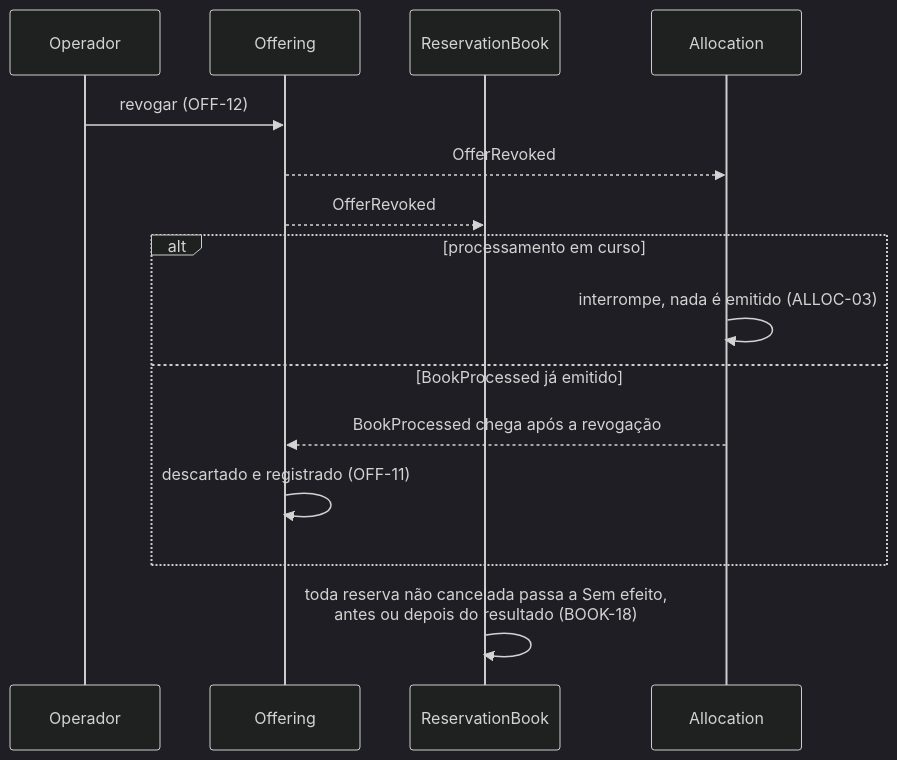
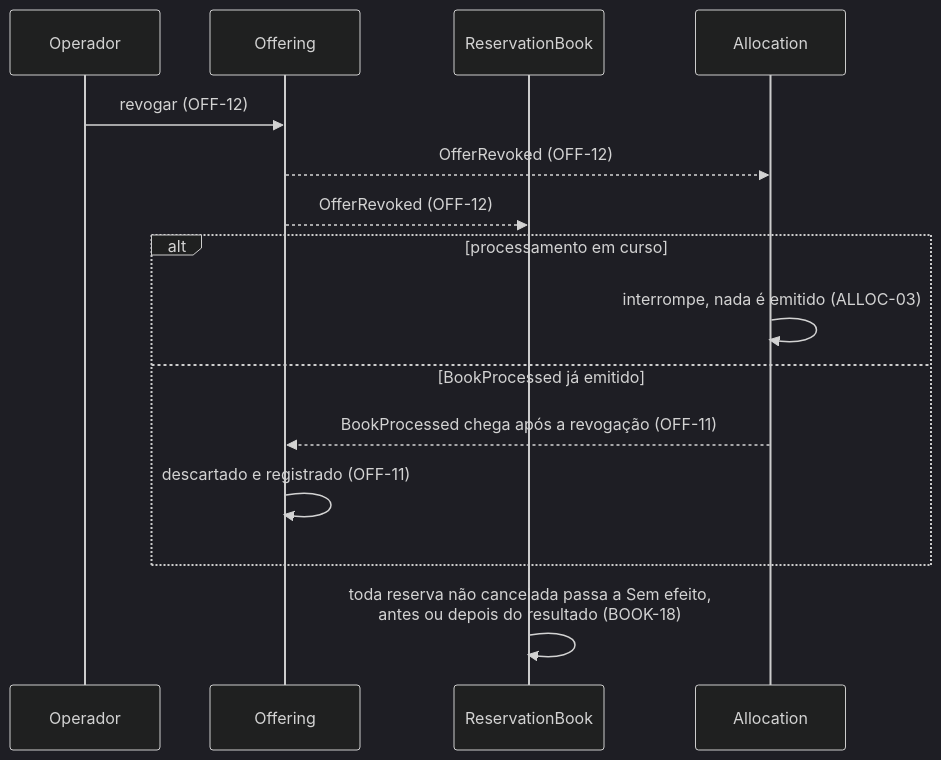
Before and after one commit to guilhermesalvi/fund-distribution-platform: the second of 2 diagrams in docs/prd/0000-platform-overview.md, drawn with Mermaid (dark theme). The commit also changed other lines of this file and 3 other files, not shown here.

````diff
--- a/docs/prd/0000-platform-overview.md
+++ b/docs/prd/0000-platform-overview.md
@@ -74,18 +74,18 @@
 ```mermaid
 sequenceDiagram
     participant Operador
     participant Offering
     participant ReservationBook
     participant Allocation
 
     Operador->>Offering: revogar (OFF-12)
-    Offering-->>Allocation: OfferRevoked
-    Offering-->>ReservationBook: OfferRevoked
+    Offering-->>Allocation: OfferRevoked (OFF-12)
+    Offering-->>ReservationBook: OfferRevoked (OFF-12)
     alt processamento em curso
         Allocation->>Allocation: interrompe, nada é emitido (ALLOC-03)
     else BookProcessed já emitido
-        Allocation-->>Offering: BookProcessed chega após a revogação
+        Allocation-->>Offering: BookProcessed chega após a revogação (OFF-11)
         Offering->>Offering: descartado e registrado (OFF-11)
     end
     ReservationBook->>ReservationBook: toda reserva não cancelada passa a Sem efeito,<br/>antes ou depois do resultado (BOOK-18)
 ```
````
